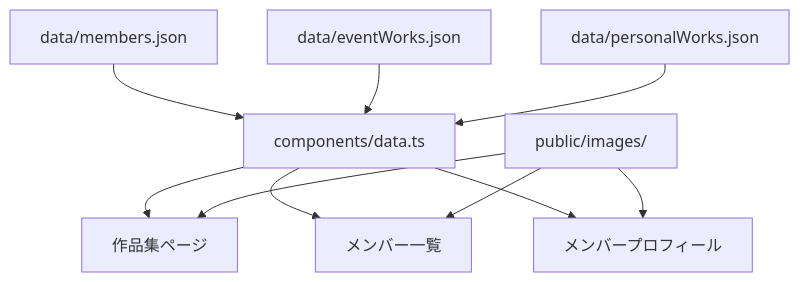
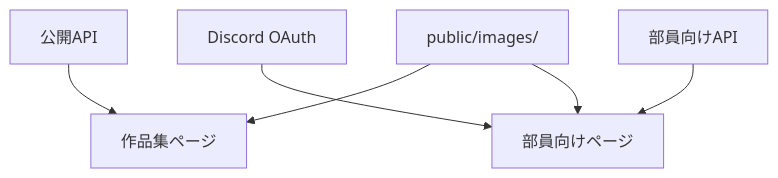
Before and after one commit to A-ITC/aitc-web: the diagram in docs/architecture.md, drawn with Mermaid. The commit also changed other lines of this file and 24 other files, not shown here.

````diff
--- a/docs/architecture.md
+++ b/docs/architecture.md
@@ -53,12 +54,8 @@
 ```mermaid
 flowchart TD
-  M[data/members.json] --> D[components/data.ts]
-  E[data/eventWorks.json] --> D
-  P[data/personalWorks.json] --> D
-  D --> C[作品集ページ]
-  D --> L[メンバー一覧]
-  D --> R[メンバープロフィール]
+  A[公開API] --> C[作品集ページ]
+  O[Discord OAuth] --> M[部員向けページ]
+  P[部員向けAPI] --> M
   I[public/images/] --> C
-  I --> L
-  I --> R
+  I --> M
 ```
````
